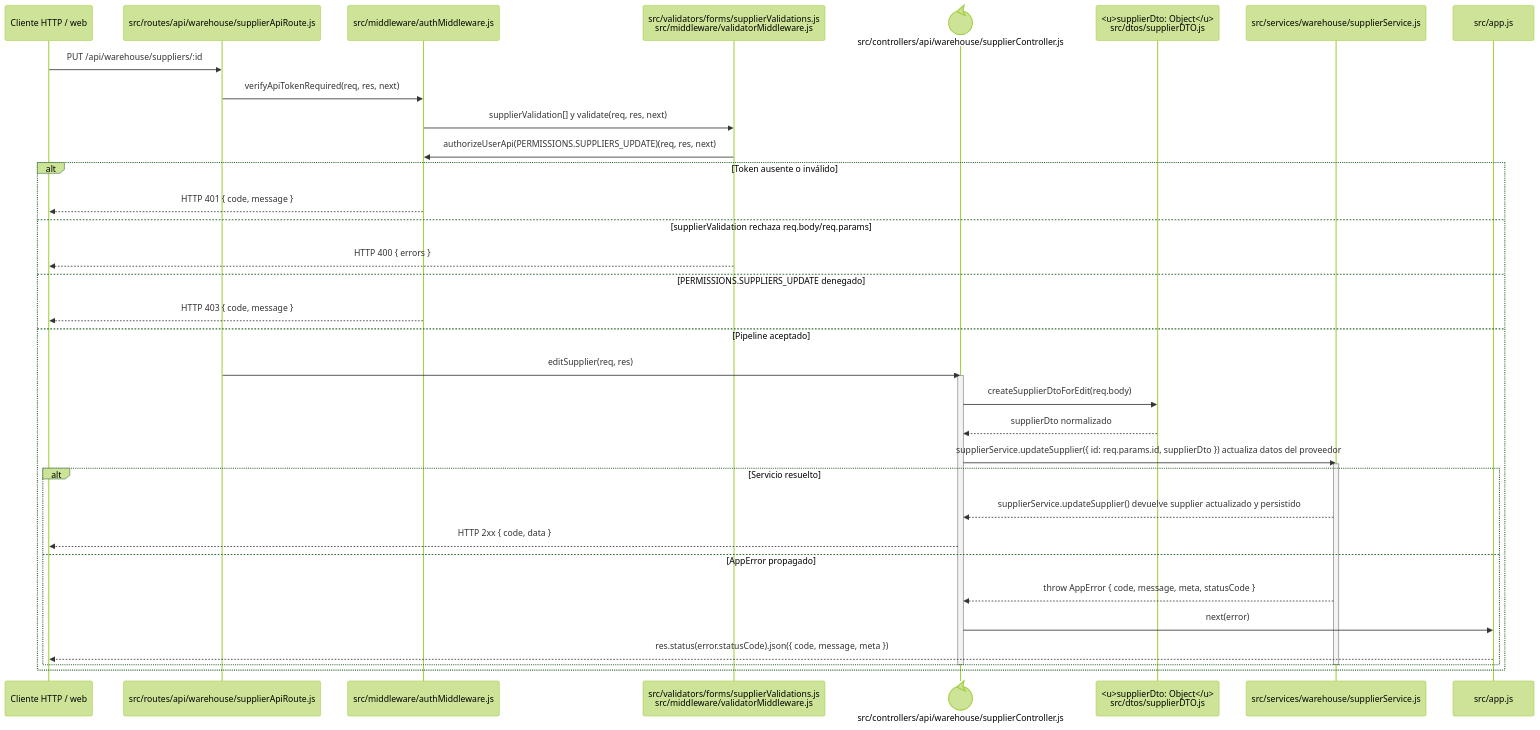
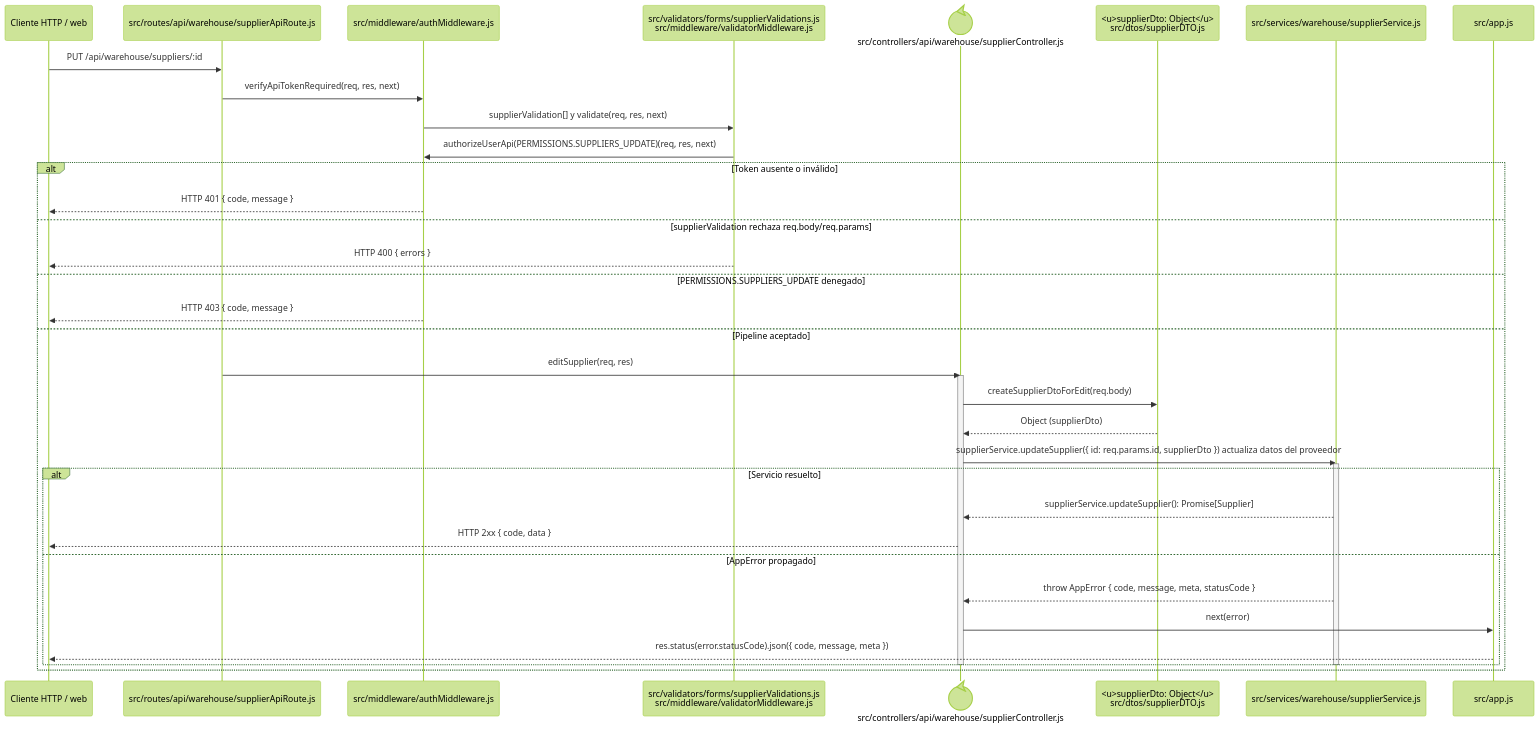
One commit to gpgsistemas01/nexus changed the diagram in docs/architecture/backend-code-sequences/catalogs/cu-cat-03.md. Above: the diagram before and after it, drawn with Mermaid (forest theme). The commit also changed 146 other files, not shown here.

````diff
--- a/docs/architecture/backend-code-sequences/catalogs/cu-cat-03.md
+++ b/docs/architecture/backend-code-sequences/catalogs/cu-cat-03.md
@@ -6,40 +6,40 @@
 ```mermaid
 sequenceDiagram
     participant Client as Cliente HTTP / web
     participant Route as src/routes/api/warehouse/supplierApiRoute.js
     participant Auth as src/middleware/authMiddleware.js
     participant Validator as src/validators/forms/supplierValidations.js<br/>src/middleware/validatorMiddleware.js
     participant Controller@{ "type": "control" } as src/controllers/api/warehouse/supplierController.js
     participant SupplierDto as <u>supplierDto: Object</u><br/>src/dtos/supplierDTO.js
     participant Domain as src/services/warehouse/supplierService.js
     participant ErrorHandler as src/app.js
 
     Client->>Route: PUT /api/warehouse/suppliers/:id
     Route->>Auth: verifyApiTokenRequired(req, res, next)
     Auth->>Validator: supplierValidation[] y validate(req, res, next)
     Validator->>Auth: authorizeUserApi(PERMISSIONS.SUPPLIERS_UPDATE)(req, res, next)
     alt Token ausente o inválido
         Auth-->>Client: HTTP 401 { code, message }
     else supplierValidation rechaza req.body/req.params
         Validator-->>Client: HTTP 400 { errors }
     else PERMISSIONS.SUPPLIERS_UPDATE denegado
         Auth-->>Client: HTTP 403 { code, message }
     else Pipeline aceptado
         Route->>Controller: editSupplier(req, res)
         activate Controller
         Controller->>SupplierDto: createSupplierDtoForEdit(req.body)
-        SupplierDto-->>Controller: supplierDto normalizado
+        SupplierDto-->>Controller: Object (supplierDto)
         Controller->>Domain: supplierService.updateSupplier({ id: req.params.id, supplierDto }) actualiza datos del proveedor
         activate Domain
         alt Servicio resuelto
-            Domain-->>Controller: supplierService.updateSupplier() devuelve supplier actualizado y persistido
+            Domain-->>Controller: supplierService.updateSupplier(): Promise[Supplier]
             Controller-->>Client: HTTP 2xx { code, data }
         else AppError propagado
             Domain-->>Controller: throw AppError { code, message, meta, statusCode }
             Controller->>ErrorHandler: next(error)
             ErrorHandler-->>Client: res.status(error.statusCode).json({ code, message, meta })
         end
         deactivate Domain
         deactivate Controller
     end
 ```
````
